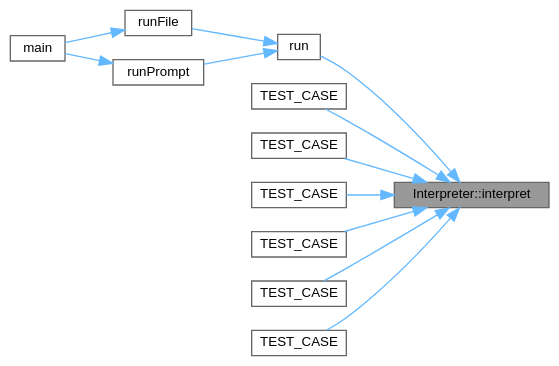
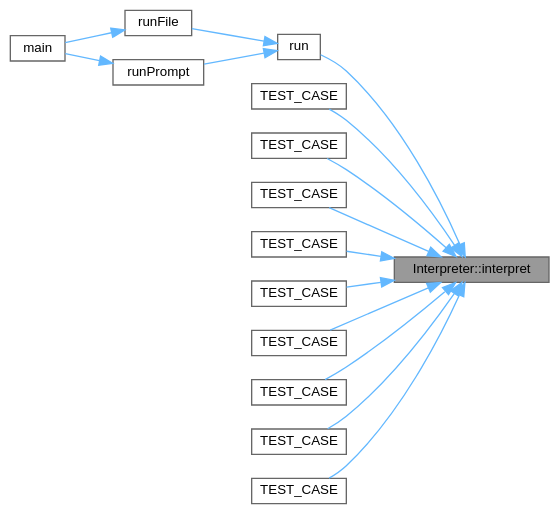
One commit to helcsnewsxd/gsc-interpreter changed the diagram in classInterpreter_a3c1b7d9bdd87f579186d14fff68bc06b_icgraph.dot. Above: the diagram before and after it, drawn with Graphviz. The commit also changed 87 other files, not shown here.

```diff
--- a/classInterpreter_a3c1b7d9bdd87f579186d14fff68bc06b_icgraph.dot
+++ b/classInterpreter_a3c1b7d9bdd87f579186d14fff68bc06b_icgraph.dot
@@ -1,30 +1,36 @@
 digraph "Interpreter::interpret"
 {
  // LATEX_PDF_SIZE
   bgcolor="transparent";
   edge [fontname=Helvetica,fontsize=10,labelfontname=Helvetica,labelfontsize=10];
   node [fontname=Helvetica,fontsize=10,shape=box,height=0.2,width=0.4];
   rankdir="RL";
   Node1 [id="Node000001",label="Interpreter::interpret",height=0.2,width=0.4,color="gray40", fillcolor="grey60", style="filled", fontcolor="black",tooltip="Interpret the given statement list and execute them."];
   Node1 -> Node2 [id="edge1_Node000001_Node000002",dir="back",color="steelblue1",style="solid",tooltip=" "];
   Node2 [id="Node000002",label="run",height=0.2,width=0.4,color="grey40", fillcolor="white", style="filled",URL="$main_8cpp.html#a7a2843aa356425e41907f7b3bc255b15",tooltip=" "];
   Node2 -> Node3 [id="edge2_Node000002_Node000003",dir="back",color="steelblue1",style="solid",tooltip=" "];
   Node3 [id="Node000003",label="runFile",height=0.2,width=0.4,color="grey40", fillcolor="white", style="filled",URL="$main_8cpp.html#abd88a82eb70f9e68f4ca9b5ebb923556",tooltip=" "];
   Node3 -> Node4 [id="edge3_Node000003_Node000004",dir="back",color="steelblue1",style="solid",tooltip=" "];
   Node4 [id="Node000004",label="main",height=0.2,width=0.4,color="grey40", fillcolor="white", style="filled",URL="$main_8cpp.html#a0ddf1224851353fc92bfbff6f499fa97",tooltip=" "];
   Node2 -> Node5 [id="edge4_Node000002_Node000005",dir="back",color="steelblue1",style="solid",tooltip=" "];
   Node5 [id="Node000005",label="runPrompt",height=0.2,width=0.4,color="grey40", fillcolor="white", style="filled",URL="$main_8cpp.html#a2177fc6f8c300b3c24f38817ba64da30",tooltip=" "];
   Node5 -> Node4 [id="edge5_Node000005_Node000004",dir="back",color="steelblue1",style="solid",tooltip=" "];
   Node1 -> Node6 [id="edge6_Node000001_Node000006",dir="back",color="steelblue1",style="solid",tooltip=" "];
   Node6 [id="Node000006",label="TEST_CASE",height=0.2,width=0.4,color="grey40", fillcolor="white", style="filled",URL="$interpreterTest_8cpp.html#a6d59c7eaa8dc2d2c231dc8048e24e35c",tooltip=" "];
   Node1 -> Node7 [id="edge7_Node000001_Node000007",dir="back",color="steelblue1",style="solid",tooltip=" "];
-  Node7 [id="Node000007",label="TEST_CASE",height=0.2,width=0.4,color="grey40", fillcolor="white", style="filled",URL="$interpreterTest_8cpp.html#a7d78cde49e06d2e3075c06db32f64b88",tooltip=" "];
+  Node7 [id="Node000007",label="TEST_CASE",height=0.2,width=0.4,color="grey40", fillcolor="white", style="filled",URL="$interpreterTest_8cpp.html#a7681cf646797c6651e5ce7c2c5972057",tooltip=" "];
   Node1 -> Node8 [id="edge8_Node000001_Node000008",dir="back",color="steelblue1",style="solid",tooltip=" "];
-  Node8 [id="Node000008",label="TEST_CASE",height=0.2,width=0.4,color="grey40", fillcolor="white", style="filled",URL="$interpreterTest_8cpp.html#ab150f85e2a5e48f1c4f8992c29f0c06a",tooltip=" "];
+  Node8 [id="Node000008",label="TEST_CASE",height=0.2,width=0.4,color="grey40", fillcolor="white", style="filled",URL="$interpreterTest_8cpp.html#a6c6a1c7c7c4e7f448ae53d7aa8891248",tooltip=" "];
   Node1 -> Node9 [id="edge9_Node000001_Node000009",dir="back",color="steelblue1",style="solid",tooltip=" "];
-  Node9 [id="Node000009",label="TEST_CASE",height=0.2,width=0.4,color="grey40", fillcolor="white", style="filled",URL="$interpreterTest_8cpp.html#a20d502dcebb9fdb1ee5a77b6e461a05f",tooltip=" "];
+  Node9 [id="Node000009",label="TEST_CASE",height=0.2,width=0.4,color="grey40", fillcolor="white", style="filled",URL="$interpreterTest_8cpp.html#a7d78cde49e06d2e3075c06db32f64b88",tooltip=" "];
   Node1 -> Node10 [id="edge10_Node000001_Node000010",dir="back",color="steelblue1",style="solid",tooltip=" "];
-  Node10 [id="Node000010",label="TEST_CASE",height=0.2,width=0.4,color="grey40", fillcolor="white", style="filled",URL="$interpreterTest_8cpp.html#a6d69d806ec4f8c26e812e8faeba66df8",tooltip=" "];
+  Node10 [id="Node000010",label="TEST_CASE",height=0.2,width=0.4,color="grey40", fillcolor="white", style="filled",URL="$interpreterTest_8cpp.html#ab150f85e2a5e48f1c4f8992c29f0c06a",tooltip=" "];
   Node1 -> Node11 [id="edge11_Node000001_Node000011",dir="back",color="steelblue1",style="solid",tooltip=" "];
-  Node11 [id="Node000011",label="TEST_CASE",height=0.2,width=0.4,color="grey40", fillcolor="white", style="filled",URL="$interpreterTest_8cpp.html#a91cdf5df35d38b3a8934de548a6ca231",tooltip=" "];
+  Node11 [id="Node000011",label="TEST_CASE",height=0.2,width=0.4,color="grey40", fillcolor="white", style="filled",URL="$interpreterTest_8cpp.html#a20d502dcebb9fdb1ee5a77b6e461a05f",tooltip=" "];
+  Node1 -> Node12 [id="edge12_Node000001_Node000012",dir="back",color="steelblue1",style="solid",tooltip=" "];
+  Node12 [id="Node000012",label="TEST_CASE",height=0.2,width=0.4,color="grey40", fillcolor="white", style="filled",URL="$interpreterTest_8cpp.html#a6d69d806ec4f8c26e812e8faeba66df8",tooltip=" "];
+  Node1 -> Node13 [id="edge13_Node000001_Node000013",dir="back",color="steelblue1",style="solid",tooltip=" "];
+  Node13 [id="Node000013",label="TEST_CASE",height=0.2,width=0.4,color="grey40", fillcolor="white", style="filled",URL="$interpreterTest_8cpp.html#ae30abe8dbd86c4cdc9bea70322460f21",tooltip=" "];
+  Node1 -> Node14 [id="edge14_Node000001_Node000014",dir="back",color="steelblue1",style="solid",tooltip=" "];
+  Node14 [id="Node000014",label="TEST_CASE",height=0.2,width=0.4,color="grey40", fillcolor="white", style="filled",URL="$interpreterTest_8cpp.html#a91cdf5df35d38b3a8934de548a6ca231",tooltip=" "];
 }
```
